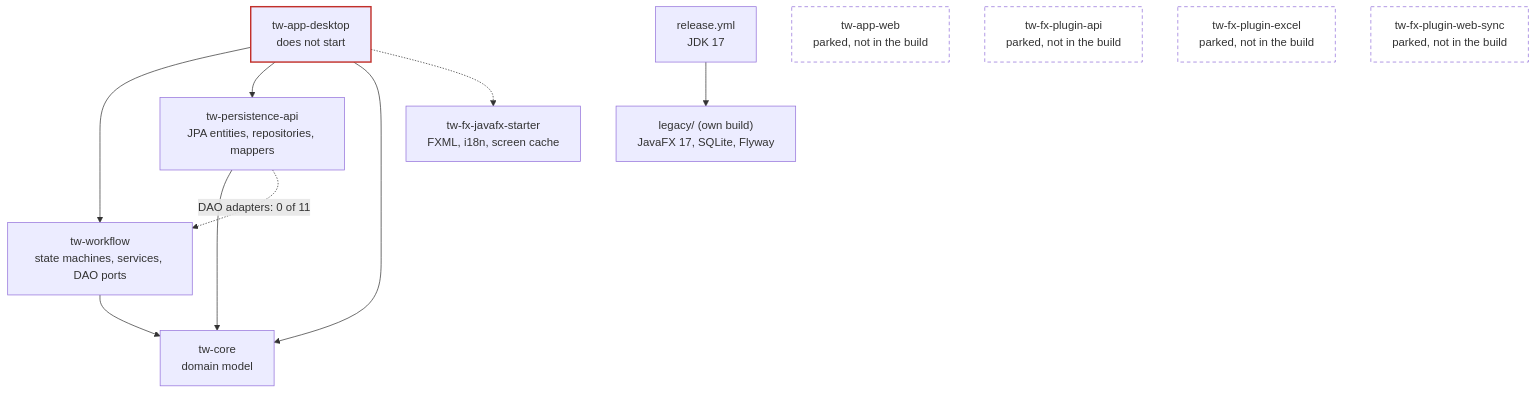
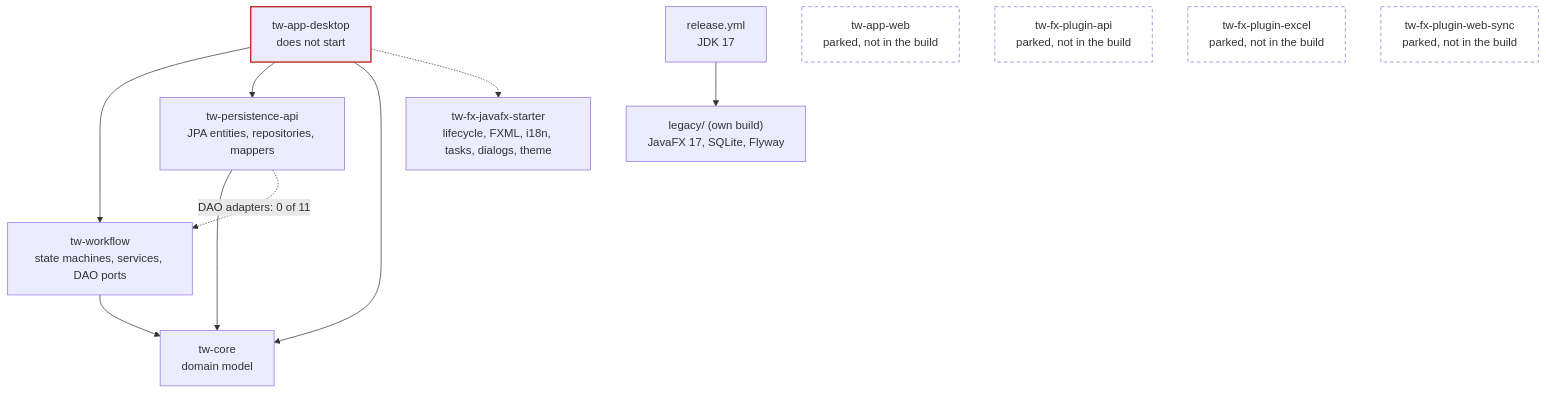
Before and after one commit to YahorSviarchkou/twister: the diagram in tw-docs/diagrams/modules-current.mmd, drawn with Mermaid.

Commit message:
docs(tw-docs): show the reworked starter in the module graph TW-8

```diff
--- a/tw-docs/diagrams/modules-current.mmd
+++ b/tw-docs/diagrams/modules-current.mmd
@@ -1,28 +1,28 @@
 %% Current Gradle module graph (2026-11-22). Dashed arrows: dependency commented out or not implemented. Dashed boxes: parked, not in the build.
 flowchart TB
   desktop["tw-app-desktop<br/>does not start"]
-  starter["tw-fx-javafx-starter<br/>FXML, i18n, screen cache"]
+  starter["tw-fx-javafx-starter<br/>lifecycle, FXML, i18n, tasks, dialogs, theme"]
   wf["tw-workflow<br/>state machines, services, DAO ports"]
   per["tw-persistence-api<br/>JPA entities, repositories, mappers"]
   core["tw-core<br/>domain model"]
   legacy["legacy/ (own build)<br/>JavaFX 17, SQLite, Flyway"]
   ci["release.yml<br/>JDK 17"]
 
   desktop --> wf
   desktop --> per
   desktop --> core
   desktop -.-> starter
   wf --> core
   per --> core
   per -. "DAO adapters: 0 of 11" .-> wf
   ci --> legacy
 
   web["tw-app-web<br/>parked, not in the build"]
   papi["tw-fx-plugin-api<br/>parked, not in the build"]
   pexcel["tw-fx-plugin-excel<br/>parked, not in the build"]
   psync["tw-fx-plugin-web-sync<br/>parked, not in the build"]
 
   classDef parked stroke-dasharray: 5 4,fill:transparent
   classDef broken stroke:#c2302a,stroke-width:2px
   class web,papi,pexcel,psync parked
   class desktop broken
```
